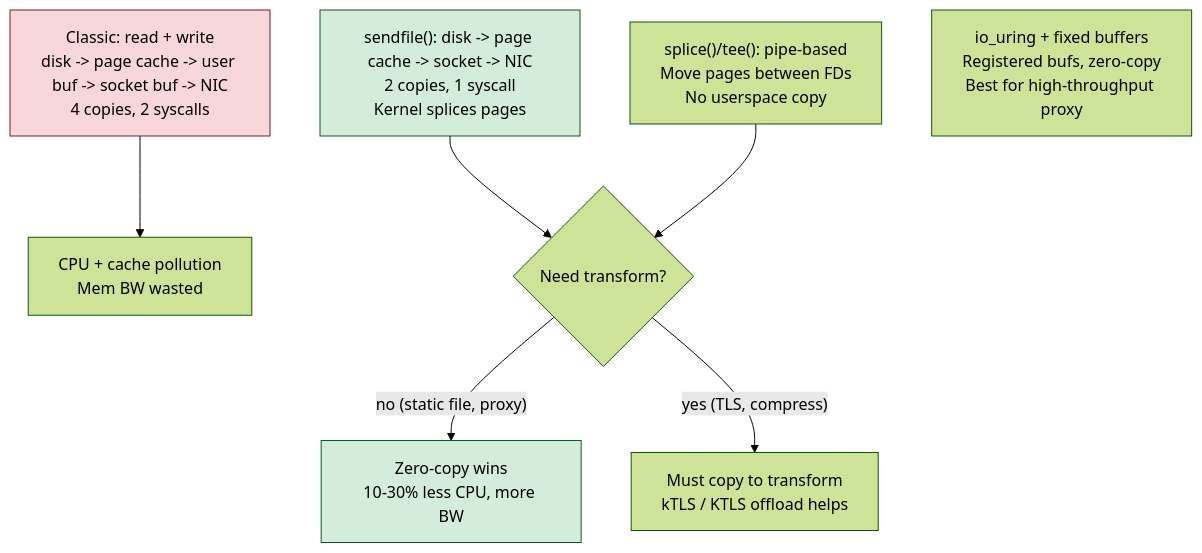
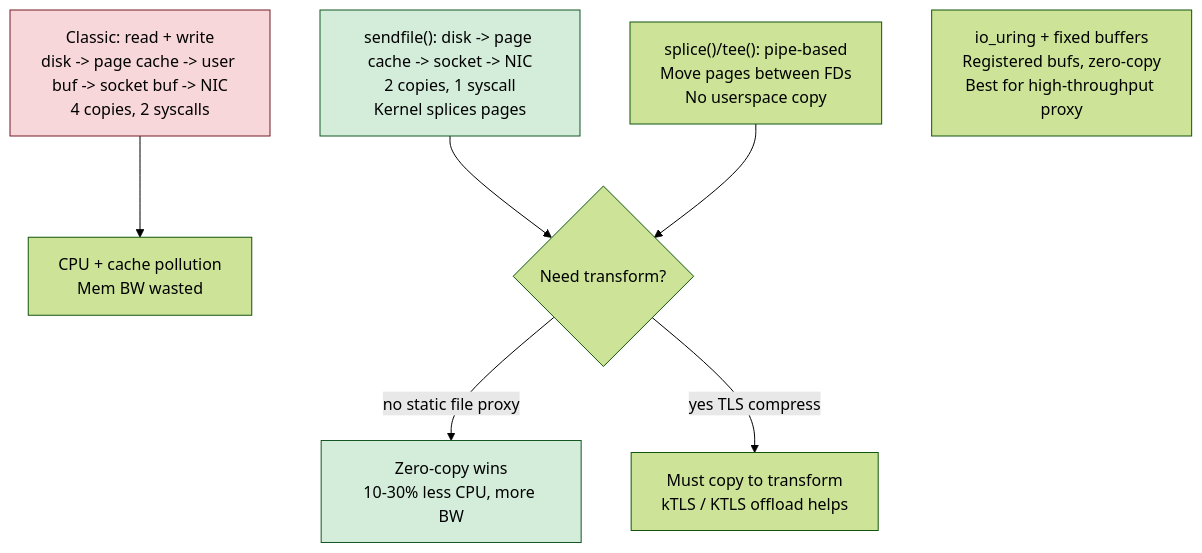
Before and after one commit to bumbsclaw/textbooks: the eighth of 8 diagrams in vol-02-operating-systems-linux/ch07-linux-io.md, drawn with Mermaid (forest theme). The commit also changed other lines of this file and 173 other files, not shown here.

First line of the commit message:
fix(mermaid): close note brackets, semicolons in Notes, stateDiagram br -> dash, edge parens

````diff
--- a/vol-02-operating-systems-linux/ch07-linux-io.md
+++ b/vol-02-operating-systems-linux/ch07-linux-io.md
@@ -654,15 +654,15 @@
 ```mermaid
 flowchart TD
     Classic["Classic: read + write<br/>disk -> page cache -> user buf -> socket buf -> NIC<br/>4 copies, 2 syscalls"]
     Classic --> Cost["CPU + cache pollution<br/>Mem BW wasted"]
     Sendfile["sendfile(): disk -> page cache -> socket -> NIC<br/>2 copies, 1 syscall<br/>Kernel splices pages"]
     Splice["splice()/tee(): pipe-based<br/>Move pages between FDs<br/>No userspace copy"]
     Uring["io_uring + fixed buffers<br/>Registered bufs, zero-copy<br/>Best for high-throughput proxy"]
     Sendfile --> Zero{"Need transform?"}
     Splice --> Zero
-    Zero -->|"no (static file, proxy)"| Good["Zero-copy wins<br/>10-30% less CPU, more BW"]
-    Zero -->|"yes (TLS, compress)"| MustCopy["Must copy to transform<br/>kTLS / KTLS offload helps"]
+    Zero -->|"no static file proxy "| Good["Zero-copy wins<br/>10-30% less CPU, more BW"]
+    Zero -->|"yes TLS compress "| MustCopy["Must copy to transform<br/>kTLS / KTLS offload helps"]
     style Classic fill:#f8d7da,stroke:#721c24
     style Sendfile fill:#d4edda,stroke:#155724
     style Good fill:#d4edda,stroke:#155724
 ```
````
